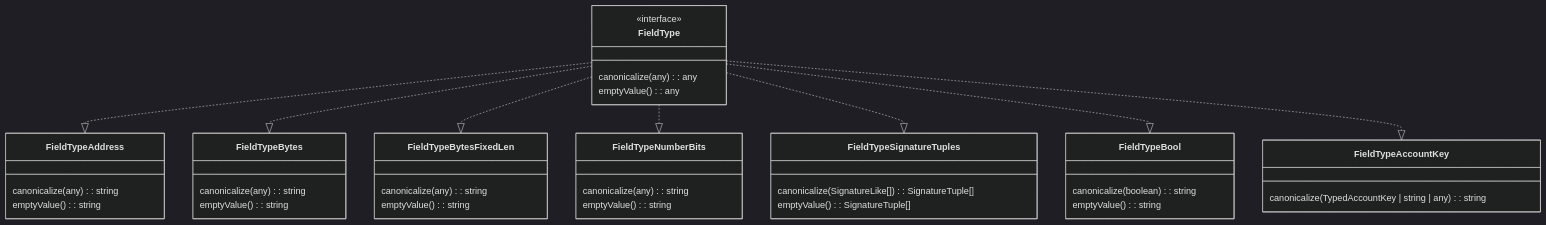
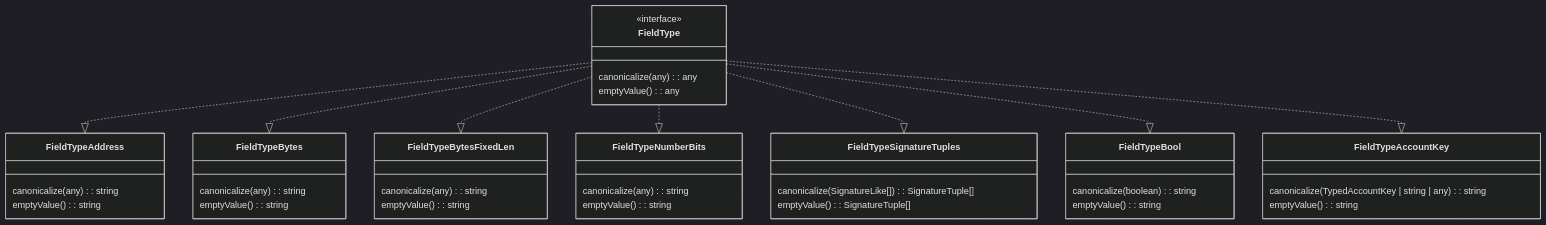
Before and after one commit to blukat29/klaytn-sdk-design: the first of 4 diagrams in README.md, drawn with Mermaid (dark theme). The commit also changed other lines of this file and 2 other files, not shown here.

````diff
--- a/README.md
+++ b/README.md
@@ -38,42 +38,43 @@
 ```mermaid
 classDiagram
   class FieldType {
     <<interface>> 
     canonicalize(any): any
     emptyValue(): any
   }
   FieldType ..|> FieldTypeAddress
   FieldType ..|> FieldTypeBytes
   FieldType ..|> FieldTypeBytesFixedLen
   FieldType ..|> FieldTypeNumberBits
   FieldType ..|> FieldTypeSignatureTuples
   FieldType ..|> FieldTypeBool
   FieldType ..|> FieldTypeAccountKey
   class FieldTypeAddress {
     canonicalize(any): string
     emptyValue(): string
   }
   class FieldTypeBytes {
     canonicalize(any): string
     emptyValue(): string
   }
   class FieldTypeBytesFixedLen {
     canonicalize(any): string
     emptyValue(): string
   }
   class FieldTypeNumberBits {
     canonicalize(any): string
     emptyValue(): string
   }
   class FieldTypeSignatureTuples {
     canonicalize( SignatureLike[]): SignatureTuple[]
     emptyValue(): SignatureTuple[]
   }
   class FieldTypeBool {
     canonicalize(boolean): string
     emptyValue(): string
   }
   class FieldTypeAccountKey {
     canonicalize(TypedAccountKey | string | any): string
+    emptyValue(): string
   }
 ```
````
